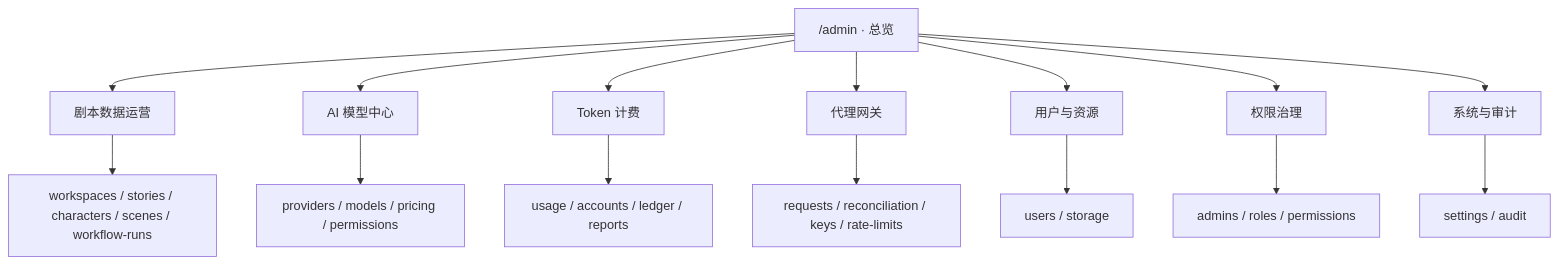
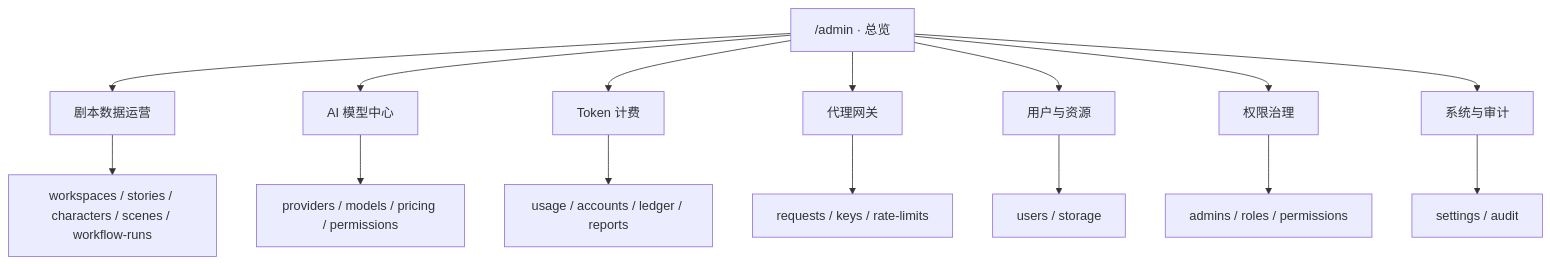
Before and after one commit to glide-the/dream-im-platform: the first of 7 diagrams in docs/design/refine-admin-ui-v2-interaction-design.md, drawn with Mermaid. The commit also changed other lines of this file and 33 other files, not shown here.

Commit message:
Refactor Ink Memory Admin Gateway interactions: remove manual reconciliation workflows, enhance Gateway Key creation experience, and ensure error records are immutable. Update tests to validate new behaviors and UI elements.

````diff
--- a/docs/design/refine-admin-ui-v2-interaction-design.md
+++ b/docs/design/refine-admin-ui-v2-interaction-design.md
@@ -121,11 +121,11 @@
 ```mermaid
 flowchart TB
   Root["/admin · 总览"] --> Story["剧本数据运营"] & Models["AI 模型中心"] & Billing["Token 计费"] & Gateway["代理网关"] & Resources["用户与资源"] & Access["权限治理"] & System["系统与审计"]
   Story --> StoryRoutes["workspaces / stories / characters / scenes / workflow-runs"]
   Models --> ModelRoutes["providers / models / pricing / permissions"]
   Billing --> BillingRoutes["usage / accounts / ledger / reports"]
-  Gateway --> GatewayRoutes["requests / reconciliation / keys / rate-limits"]
+  Gateway --> GatewayRoutes["requests / keys / rate-limits"]
   Resources --> ResourceRoutes["users / storage"]
   Access --> AccessRoutes["admins / roles / permissions"]
   System --> SystemRoutes["settings / audit"]
 ```
````
